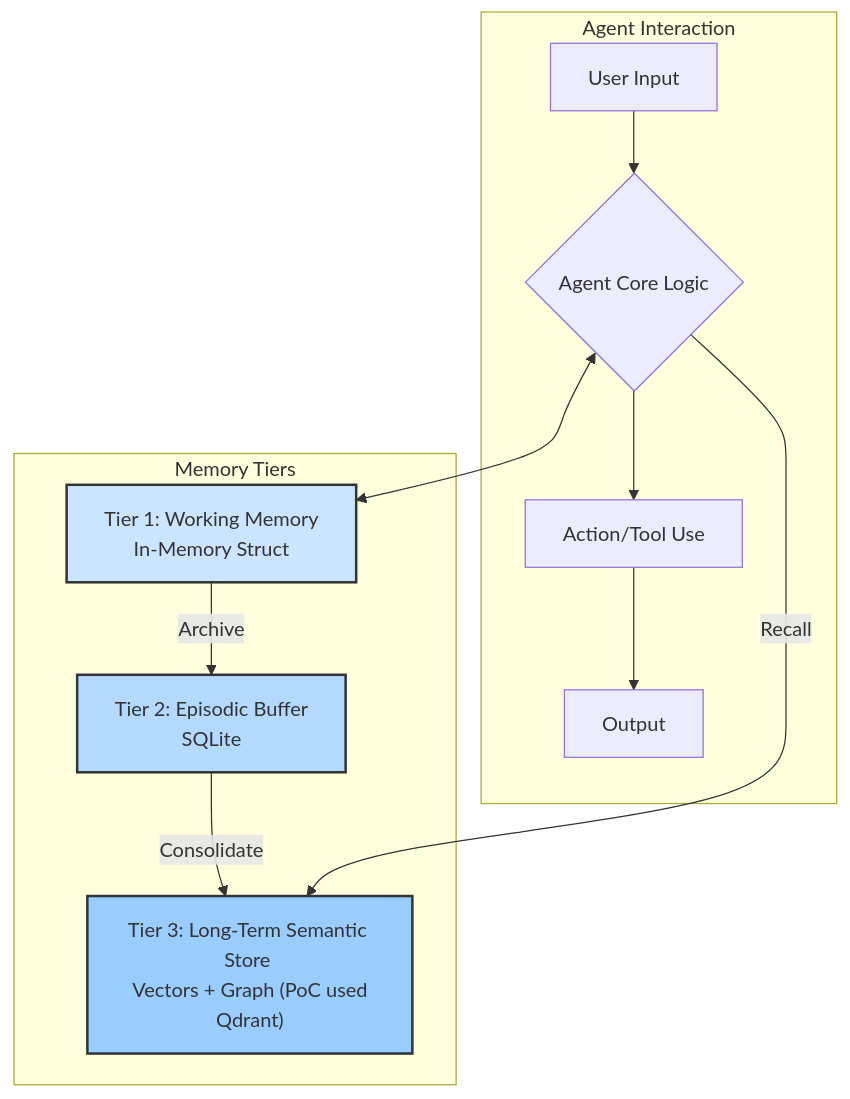
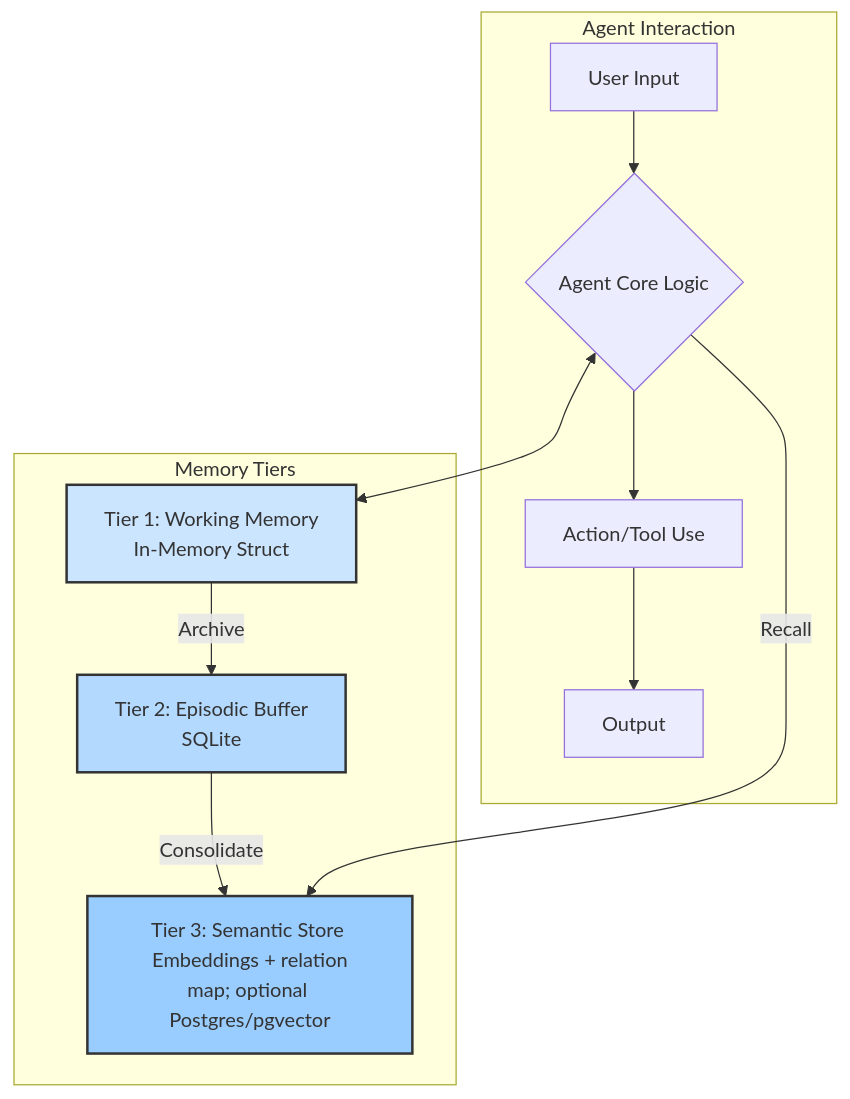
One commit to yarenty/kowalski changed the diagram in docs/article_memory.md. Above: the diagram before and after it, drawn with Mermaid. The commit also changed other lines of this file and 27 other files, not shown here.

````diff
--- a/docs/article_memory.md
+++ b/docs/article_memory.md
@@ -31,23 +31,23 @@
 ```mermaid
 graph TD
     subgraph Agent Interaction
         A["User Input"] --> B{"Agent Core Logic"};
         B --> C["Action/Tool Use"];
         C --> D["Output"];
     end
 
     subgraph Memory Tiers
         T1["Tier 1: Working Memory <br> In-Memory Struct"]
         T2["Tier 2: Episodic Buffer <br> SQLite"]
-        T3["Tier 3: Long-Term Semantic Store <br> Vectors + Graph (PoC used Qdrant)"]
+        T3["Tier 3: Semantic Store <br> Embeddings + relation map; optional Postgres/pgvector"]
     end
 
     B <--> T1;
     T1 -- Archive --> T2;
     T2 -- Consolidate --> T3;
     B -- Recall --> T3;
 
     style T1 fill:#cce5ff,stroke:#333,stroke-width:2px
     style T2 fill:#b3d9ff,stroke:#333,stroke-width:2px
     style T3 fill:#99ccff,stroke:#333,stroke-width:2px
 ```
````
